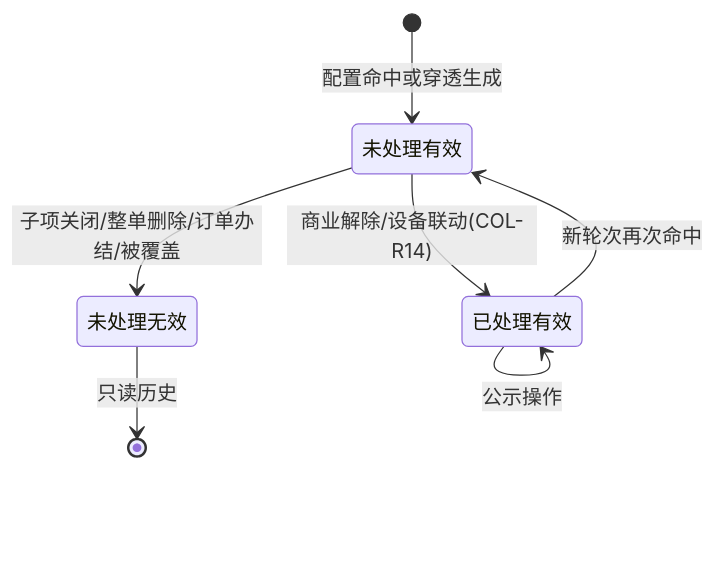
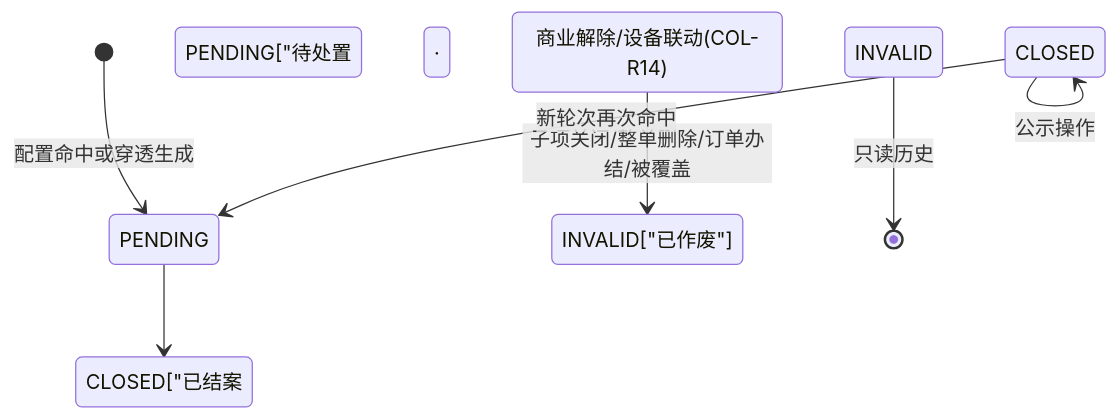
One commit to RobertHuang999/SYZC changed the second of 2 diagrams in 02-PRD文档/B-迭代需求/6.2版本（2026.08）/02-预警信息/02押品预警信息/押品预警信息主PRD.md. Above: the diagram before and after it, drawn with Mermaid. The commit also changed other lines of this file and 76 other files, not shown here.

````diff
--- a/02-PRD文档/B-迭代需求/6.2版本（2026.08）/02-预警信息/02押品预警信息/押品预警信息主PRD.md
+++ b/02-PRD文档/B-迭代需求/6.2版本（2026.08）/02-预警信息/02押品预警信息/押品预警信息主PRD.md
@@ -177,9 +179,9 @@
 ```mermaid
 stateDiagram-v2
-    [*] --> 未处理有效: 配置命中或穿透生成
-    未处理有效 --> 未处理无效: 子项关闭/整单删除/订单办结/被覆盖
-    未处理有效 --> 已处理有效: 商业解除/设备联动(COL-R14)
-    已处理有效 --> 未处理有效: 新轮次再次命中
-    未处理无效 --> [*]: 只读历史
-    已处理有效 --> 已处理有效: 公示操作
+    [*] --> PENDING: 配置命中或穿透生成
+    PENDING["待处置 · 有效"] --> INVALID["已作废"]: 子项关闭/整单删除/订单办结/被覆盖
+    PENDING --> CLOSED["已结案 · 有效"]: 商业解除/设备联动(COL-R14)
+    CLOSED --> PENDING: 新轮次再次命中
+    INVALID --> [*]: 只读历史
+    CLOSED --> CLOSED: 公示操作
 ```
````
